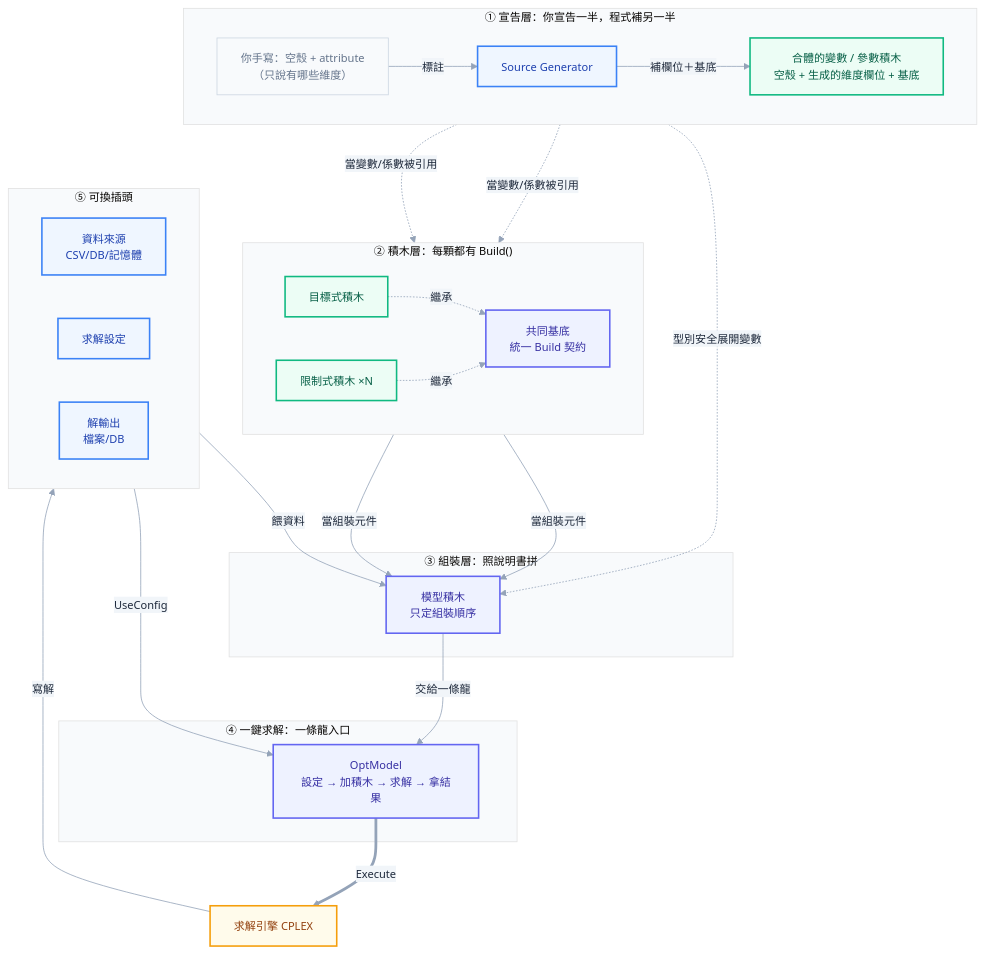
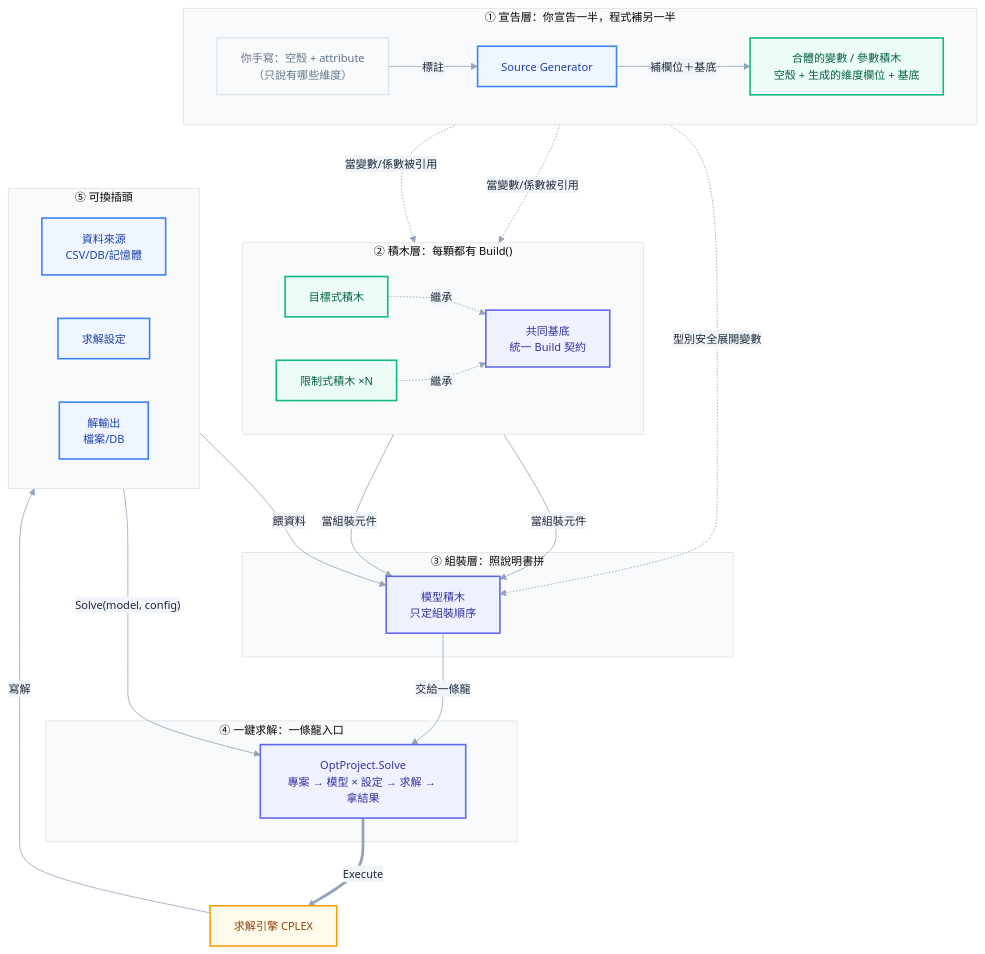
One commit to zxcbig7/OptimFoundation changed the first of 2 diagrams in docs/architecture-building-blocks.md. Above: the diagram before and after it, drawn with Mermaid. The commit also changed other lines of this file and 157 other files, not shown here.

````diff
--- a/docs/architecture-building-blocks.md
+++ b/docs/architecture-building-blocks.md
@@ -47,63 +47,63 @@
 ```mermaid
 %%{init: {'theme':'base','themeVariables':{
   'fontFamily':'ui-sans-serif, -apple-system, Segoe UI, Roboto, sans-serif',
   'fontSize':'14px',
   'primaryColor':'#eef2ff',
   'primaryTextColor':'#1e293b',
   'primaryBorderColor':'#6366f1',
   'lineColor':'#94a3b8',
   'secondaryColor':'#f1f5f9',
   'tertiaryColor':'#f8fafc'
 },'flowchart':{'curve':'basis','nodeSpacing':55,'rankSpacing':60,'htmlLabels':true}}}%%
 flowchart TD
   subgraph L0["① 宣告層：你宣告一半，程式補另一半"]
     direction LR
     DECL["你手寫：空殼 + attribute<br/>（只說有哪些維度）"]:::muted
     GEN["Source Generator"]:::accent
     BLKV["合體的變數 / 參數積木<br/>空殼 + 生成的維度欄位 + 基底"]:::success
     DECL -->|"標註"| GEN -->|"補欄位＋基底"| BLKV
   end
 
   subgraph L1["② 積木層：每顆都有 Build()"]
     direction LR
     BASE["共同基底<br/>統一 Build 契約"]:::primary
     OBJ["目標式積木"]:::success
     CON["限制式積木 ×N"]:::success
     OBJ -.繼承.-> BASE
     CON -.繼承.-> BASE
   end
 
   subgraph L2["③ 組裝層：照說明書拼"]
     MODEL["模型積木<br/>只定組裝順序"]:::primary
   end
 
   subgraph L3["④ 一鍵求解：一條龍入口"]
-    OPT["OptModel<br/>設定 → 加積木 → 求解 → 拿結果"]:::primary
+    OPT["OptProject.Solve<br/>專案 → 模型 × 設定 → 求解 → 拿結果"]:::primary
   end
 
   subgraph L4["⑤ 可換插頭"]
     direction LR
     DS["資料來源<br/>CSV/DB/記憶體"]:::accent
     CFG["求解設定"]:::accent
     SINK["解輸出<br/>檔案/DB"]:::accent
   end
 
   ENGINE["求解引擎 CPLEX"]:::warn
 
   BLKV -.當變數/係數被引用.-> OBJ
   BLKV -.當變數/係數被引用.-> CON
   BLKV -.型別安全展開變數.-> MODEL
   OBJ -->|"當組裝元件"| MODEL
   CON -->|"當組裝元件"| MODEL
   DS -->|"餵資料"| MODEL
   MODEL -->|"交給一條龍"| OPT
-  CFG -->|"UseConfig"| OPT
+  CFG -->|"Solve(model, config)"| OPT
   OPT ==>|"Execute"| ENGINE
   ENGINE -->|"寫解"| SINK
 
   classDef primary  fill:#eef2ff,stroke:#6366f1,stroke-width:2px,color:#3730a3;
   classDef success  fill:#ecfdf5,stroke:#10b981,stroke-width:2px,color:#065f46;
   classDef warn     fill:#fffbeb,stroke:#f59e0b,stroke-width:2px,color:#92400e;
   classDef accent   fill:#eff6ff,stroke:#3b82f6,stroke-width:2px,color:#1e40af;
   classDef muted    fill:#f8fafc,stroke:#cbd5e1,stroke-width:1px,color:#64748b;
 ```
````
